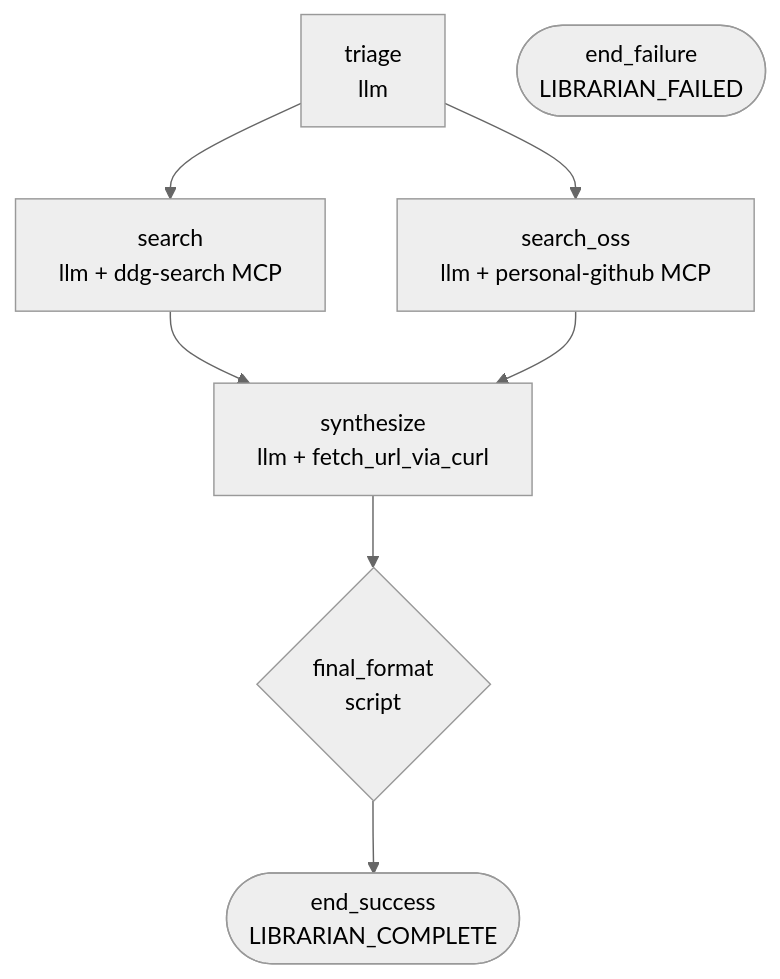
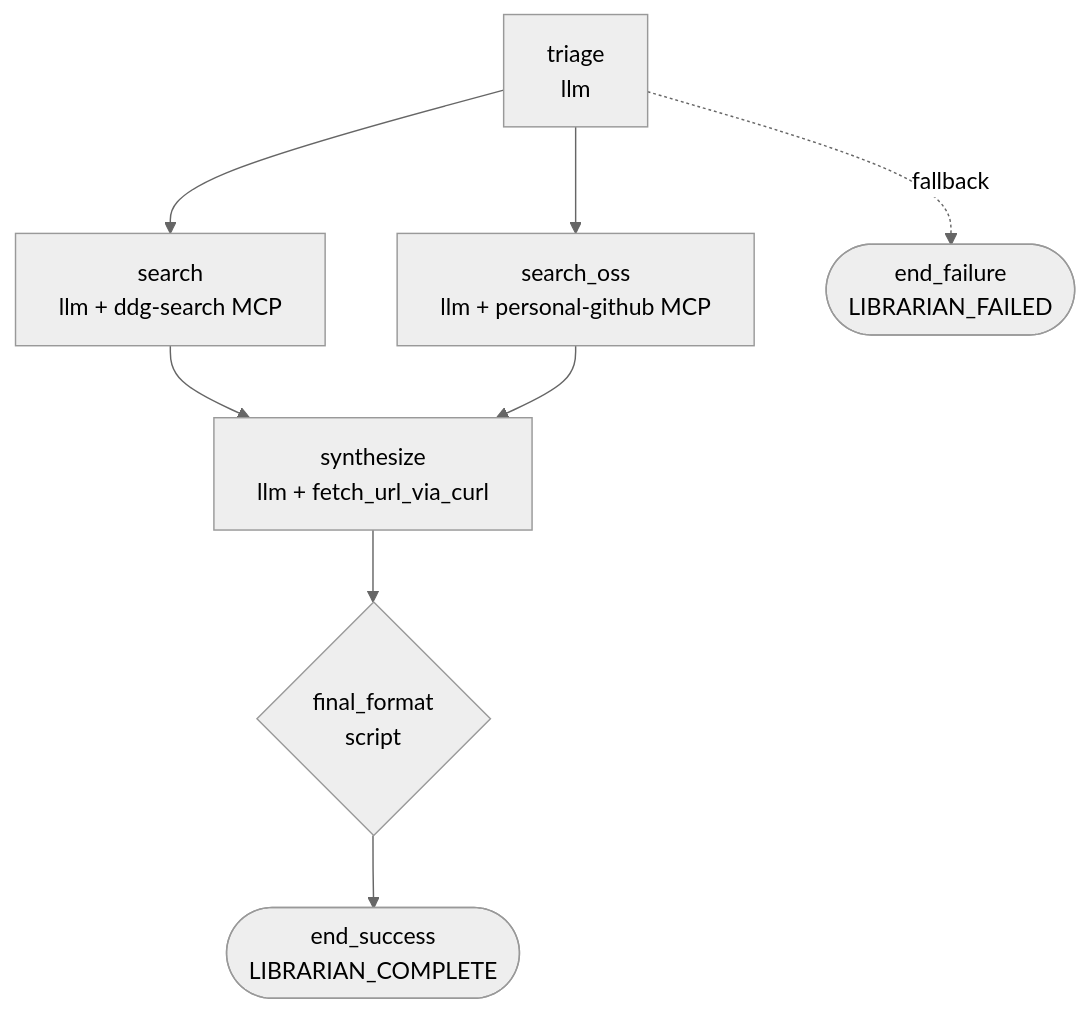
One commit to Dark-Alex-17/coyote changed the diagram in assets/agents/librarian/README.md. Above: the diagram before and after it, drawn with Mermaid (neutral theme).

Commit message:
docs: added in forgotten connection to the librarian agent diagram

````diff
--- a/assets/agents/librarian/README.md
+++ b/assets/agents/librarian/README.md
@@ -13,12 +13,13 @@
 ```mermaid
 flowchart TD
     triage["triage<br/>llm"] --> search
     triage --> search_oss
+    triage -.->|"fallback"| end_failure
     search["search<br/>llm + ddg-search MCP"] --> synthesize
     search_oss["search_oss<br/>llm + personal-github MCP"] --> synthesize
     synthesize["synthesize<br/>llm + fetch_url_via_curl"] --> final_format
     final_format{"final_format<br/>script"} --> end_success
 
     end_success(["end_success<br/>LIBRARIAN_COMPLETE"])
     end_failure(["end_failure<br/>LIBRARIAN_FAILED"])
 ```
````
